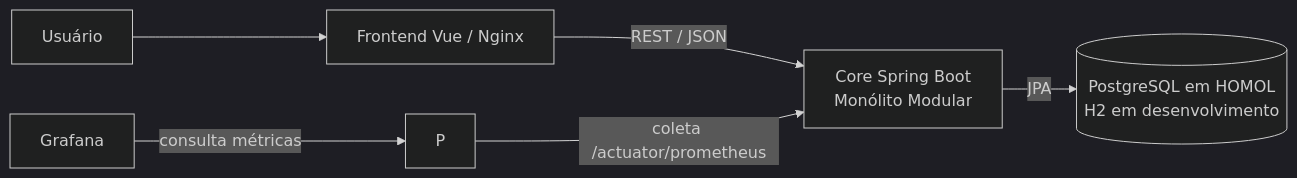
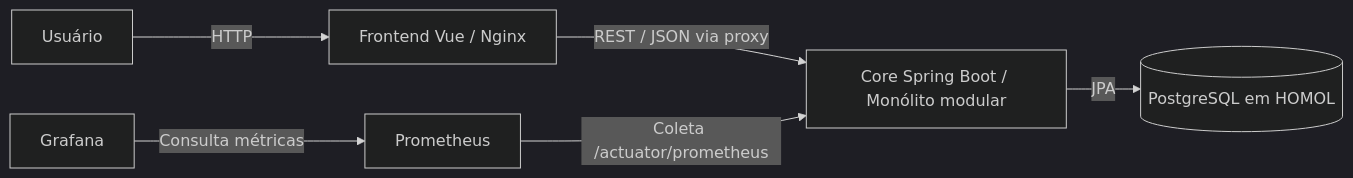
Before and after one commit to RenanlMelo/dev_ops_ex_A1: the second of 4 diagrams in AC2 README.md, drawn with Mermaid (dark theme). The commit also changed other lines of this file, not shown here.

````diff
--- a/AC2 README.md
+++ b/AC2 README.md
@@ -22,8 +167,8 @@
 ```mermaid
 flowchart LR
-    U[Usuário] --> F[Frontend Vue / Nginx]
-    F -->|REST / JSON| C[Core Spring Boot\nMonólito Modular]
-    C -->|JPA| DB[(PostgreSQL em HOMOL\nH2 em desenvolvimento)]
-    P -->|coleta /actuator/prometheus| C
-    G[Grafana] -->|consulta métricas| P
+    U[Usuário] -->|HTTP| F[Frontend Vue / Nginx]
+    F -->|REST / JSON via proxy| C[Core Spring Boot / Monólito modular]
+    C -->|JPA| DB[(PostgreSQL em HOMOL)]
+    P[Prometheus] -->|Coleta /actuator/prometheus| C
+    G[Grafana] -->|Consulta métricas| P
 ```
````
